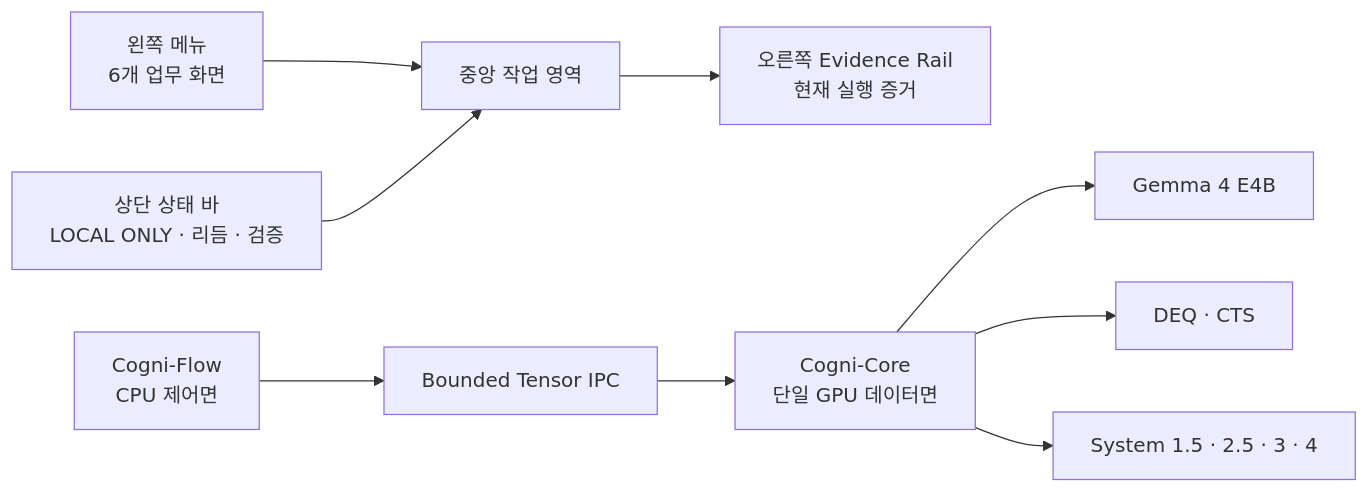
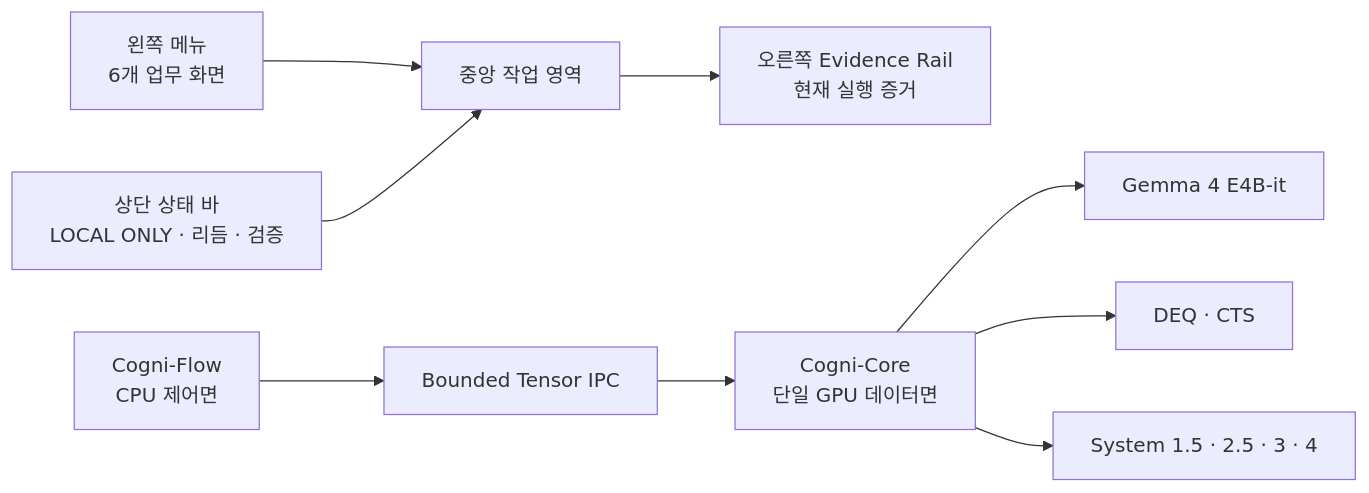
Before and after one commit to heosanghun/Cogni-OS-2.0: the diagram in docs/COGNIBOARD_USER_MANUAL_PLAYBOOK_KO.md, drawn with Mermaid. The commit also changed other lines of this file and 36 other files, not shown here.

````diff
--- a/docs/COGNIBOARD_USER_MANUAL_PLAYBOOK_KO.md
+++ b/docs/COGNIBOARD_USER_MANUAL_PLAYBOOK_KO.md
@@ -58,11 +59,11 @@
 ```mermaid
 flowchart LR
     A[왼쪽 메뉴\n6개 업무 화면] --> B[중앙 작업 영역]
     B --> C[오른쪽 Evidence Rail\n현재 실행 증거]
     D[상단 상태 바\nLOCAL ONLY · 리듬 · 검증] --> B
     E[Cogni-Flow\nCPU 제어면] --> F[Bounded Tensor IPC]
     F --> G[Cogni-Core\n단일 GPU 데이터면]
-    G --> H[Gemma 4 E4B]
+    G --> H[Gemma 4 E4B-it]
     G --> I[DEQ · CTS]
     G --> J[System 1.5 · 2.5 · 3 · 4]
 ```
````
